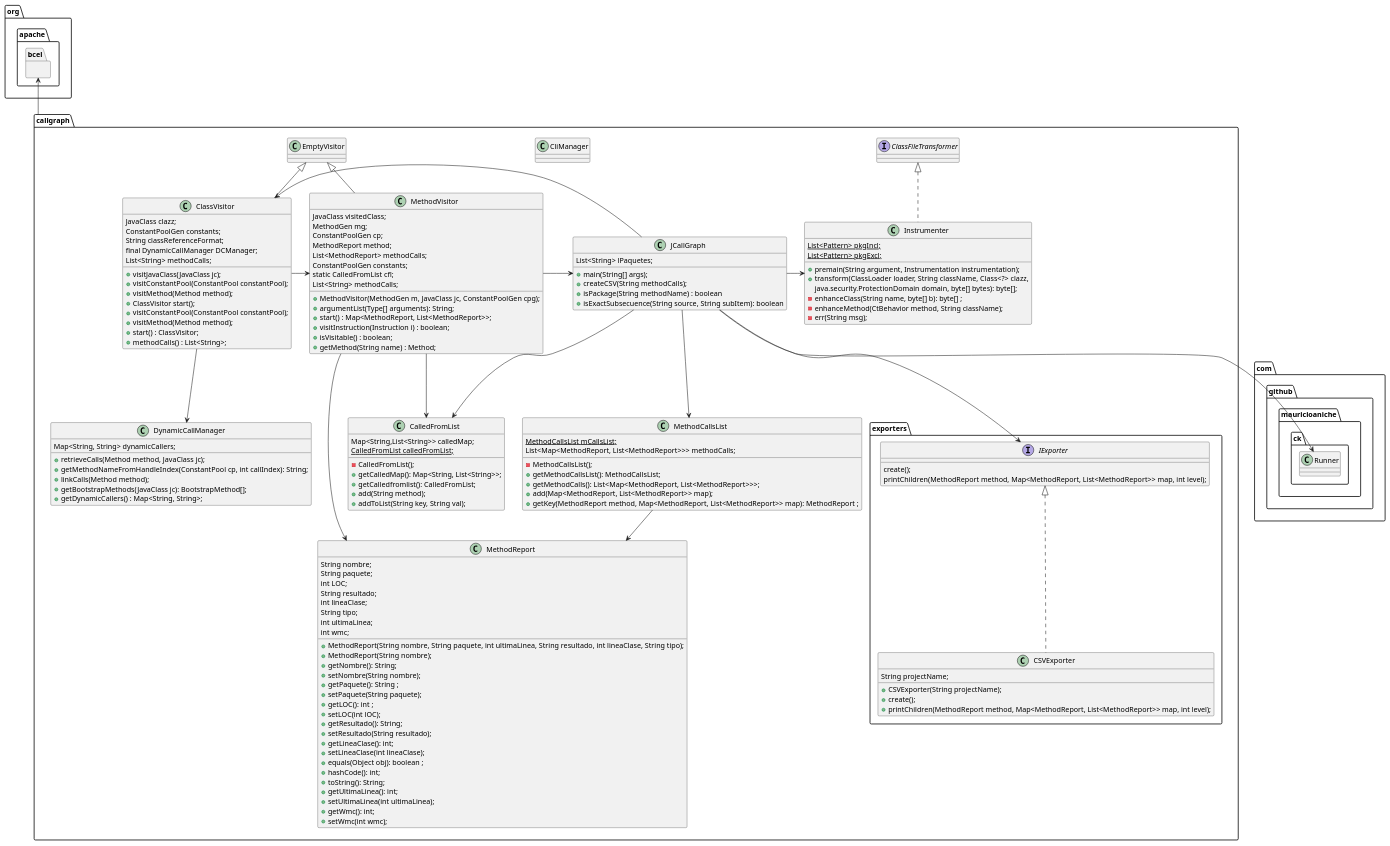
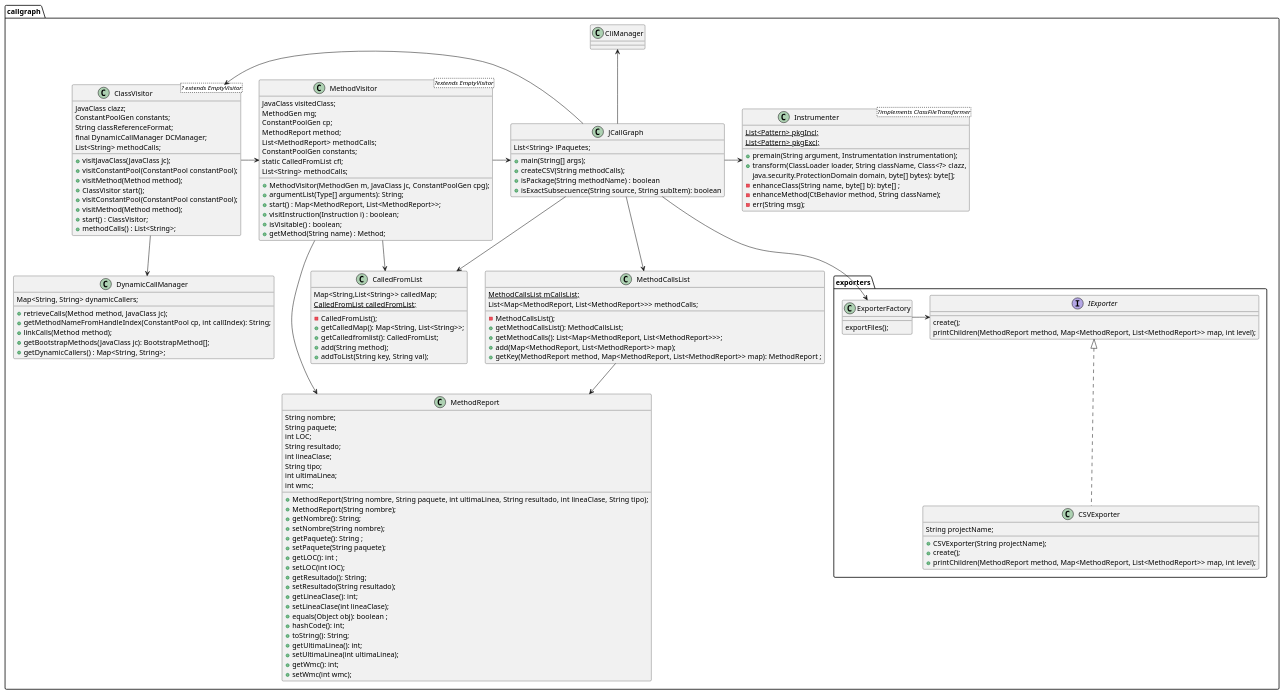
One commit to iakigarci/BytecodeAnalysis changed the diagram in TFG/uml/diagrama_de_clases.plantuml. Above: the diagram before and after it, drawn with PlantUML. The commit also changed 6 other files, not shown here.

Commit message:
feat: Nuevos diagramas, antes de introducir factory

```diff
--- a/TFG/uml/diagrama_de_clases.plantuml
+++ b/TFG/uml/diagrama_de_clases.plantuml
@@ -1,187 +1,193 @@
 @startuml components
 
 
 package callgraph {
 
     class CalledFromList {
         Map<String,List<String>> calledMap;
         {static} CalledFromList calledFromList;
         -CalledFromList();
         +getCalledMap(): Map<String, List<String>>;
         +getCalledfromlist(): CalledFromList;
         +add(String method);
         +addToList(String key, String val);
     }
 
-    class ClassVisitor extends EmptyVisitor {
+    class ClassVisitor <? extends EmptyVisitor> {
         JavaClass clazz;
         ConstantPoolGen constants;
         String classReferenceFormat;
         final DynamicCallManager DCManager;
         List<String> methodCalls;
         +visitJavaClass(JavaClass jc);
         +visitConstantPool(ConstantPool constantPool); 
         +visitMethod(Method method);
         +ClassVisitor start();
         +visitConstantPool(ConstantPool constantPool);
         +visitMethod(Method method);
         +start() : ClassVisitor;
         +methodCalls() : List<String>;
     }
 
     class CliManager {
 
     }
 
     class DynamicCallManager {
         Map<String, String> dynamicCallers;
         +retrieveCalls(Method method, JavaClass jc);
         +getMethodNameFromHandleIndex(ConstantPool cp, int callIndex): String;
         +linkCalls(Method method);
         +getBootstrapMethods(JavaClass jc): BootstrapMethod[];
         +getDynamicCallers() : Map<String, String>;
     }
 
-    class Instrumenter implements ClassFileTransformer {
+    class Instrumenter <?implements ClassFileTransformer> {
         {static} List<Pattern> pkgIncl;
         {static} List<Pattern> pkgExcl;
         +premain(String argument, Instrumentation instrumentation);
         +transform(ClassLoader loader, String className, Class<?> clazz,
                 java.security.ProtectionDomain domain, byte[] bytes): byte[];
         -enhanceClass(String name, byte[] b): byte[] ;
         -enhanceMethod(CtBehavior method, String className);
         -err(String msg);
     }
 
     class JCallGraph {
         List<String> lPaquetes;
         +main(String[] args);
         +createCSV(String methodCalls);
         +isPackage(String methodName) : boolean
         +isExactSubsecuence(String source, String subItem): boolean
     }
 
     class MethodCallsList {
         {static} MethodCallsList mCallsList;
         List<Map<MethodReport, List<MethodReport>>> methodCalls;
         -MethodCallsList();
         +getMethodCallsList(): MethodCallsList;
         +getMethodCalls(): List<Map<MethodReport, List<MethodReport>>>;
         +add(Map<MethodReport, List<MethodReport>> map);
         +getKey(MethodReport method, Map<MethodReport, List<MethodReport>> map): MethodReport ;
     }
 
     class MethodReport {
         String nombre;
         String paquete;
         int LOC;
         String resultado;
         int lineaClase;
         String tipo;
         int ultimaLinea;
         int wmc;
         +MethodReport(String nombre, String paquete, int ultimaLinea, String resultado, int lineaClase, String tipo);
         +MethodReport(String nombre);
         +getNombre(): String;
         +setNombre(String nombre);
         +getPaquete(): String ;
         +setPaquete(String paquete);
         +getLOC(): int ;
         +setLOC(int lOC);
         +getResultado(): String;
         +setResultado(String resultado);
         +getLineaClase(): int;
         +setLineaClase(int lineaClase);
         +equals(Object obj): boolean ;
         +hashCode(): int;
         +toString(): String;
         +getUltimaLinea(): int;
         +setUltimaLinea(int ultimaLinea);
         +getWmc(): int;
         +setWmc(int wmc);
     }
 
-    class MethodVisitor extends EmptyVisitor {
+    class MethodVisitor <?extends EmptyVisitor> {
         JavaClass visitedClass;
         MethodGen mg; 
         ConstantPoolGen cp;
         MethodReport method;
         List<MethodReport> methodCalls;
         ConstantPoolGen constants;
         static CalledFromList cfl;
         List<String> methodCalls;
         +MethodVisitor(MethodGen m, JavaClass jc, ConstantPoolGen cpg);
         +argumentList(Type[] arguments): String;
         +start() : Map<MethodReport, List<MethodReport>>;
         +visitInstruction(Instruction i) : boolean;
         +isVisitable() : boolean;
         +getMethod(String name) : Method;
     }
     package exporters {
         interface IExporter {
             create();
             printChildren(MethodReport method, Map<MethodReport, List<MethodReport>> map, int level);
         }
 
         class CSVExporter implements IExporter {
             String projectName;
             +CSVExporter(String projectName);
             +create();
             +printChildren(MethodReport method, Map<MethodReport, List<MethodReport>> map, int level);
         }
+
+        class ExporterFactory {
+            exportFiles();
+        }
     }
 }
 
-package com.github.mauricioaniche.ck {
-    ' package util {}
-    ' package metric {}
+' package com.github.mauricioaniche.ck {
+'     ' package util {}
+'     ' package metric {}
 
-    ' class CK {}
-    ' class CKClassResult {}
-    ' class CKMethodResult {}
-    ' class CKNotifier {}
-    ' class CKVisitor {}
-    ' class MetricsExecutor {}
-    ' class ResultWriter {}
-    ' class ResultWriter {}
-     class Runner {}
-}
+'     ' class CK {}
+'     ' class CKClassResult {}
+'     ' class CKMethodResult {}
+'     ' class CKNotifier {}
+'     ' class CKVisitor {}
+'     ' class MetricsExecutor {}
+'     ' class ResultWriter {}
+'     ' class ResultWriter {}
+'      class Runner {}
+' }
 
-package org.apache.bcel {
-    ' class JavaClass {}
-    ' class ConstantPoolGen {}
-    ' class MethodGen {}
-    ' class ConstantPool {}
-}
+' package org.apache.bcel <<Node>>{
+'     ' class JavaClass {}
+'     ' class ConstantPoolGen {}
+'     ' class MethodGen {}
+'     ' class ConstantPool {}
+' }
 
 
 /' JCG '/
-callgraph -up-> org.apache.bcel
+' callgraph -up-> org.apache.bcel
 
 ClassVisitor -down-> DynamicCallManager
 ClassVisitor -> MethodVisitor
 
 JCallGraph -left-> ClassVisitor
 JCallGraph -down-> MethodCallsList
 JCallGraph -down-> CalledFromList
 JCallGraph -right-> Instrumenter
-JCallGraph -down-> Runner
-JCallGraph -down-> IExporter
+' JCallGraph -down-> Runner
+JCallGraph -down-> ExporterFactory
+JCallGraph -up-> CliManager
 
 MethodCallsList -down-> MethodReport
 
 MethodVisitor -> CalledFromList
 MethodVisitor -> JCallGraph
 MethodVisitor -> MethodReport
 
+ExporterFactory -> IExporter
 
 /' CK '/
 ' CKNotifier -[hidden]> CKClassResult
 ' CK -[hidden]>  MetricsExecutor
 ' CK -[hidden]> ResultWriter
 
 ' JCallGraph -right-> ClassVisitor
 ' ClassVisitor -down-> JavaClass
 ' ClassVisitor -down-> ConstantPoolGen
 ' ClassVisitor -down-> DynamicCallManager
 @enduml
```
